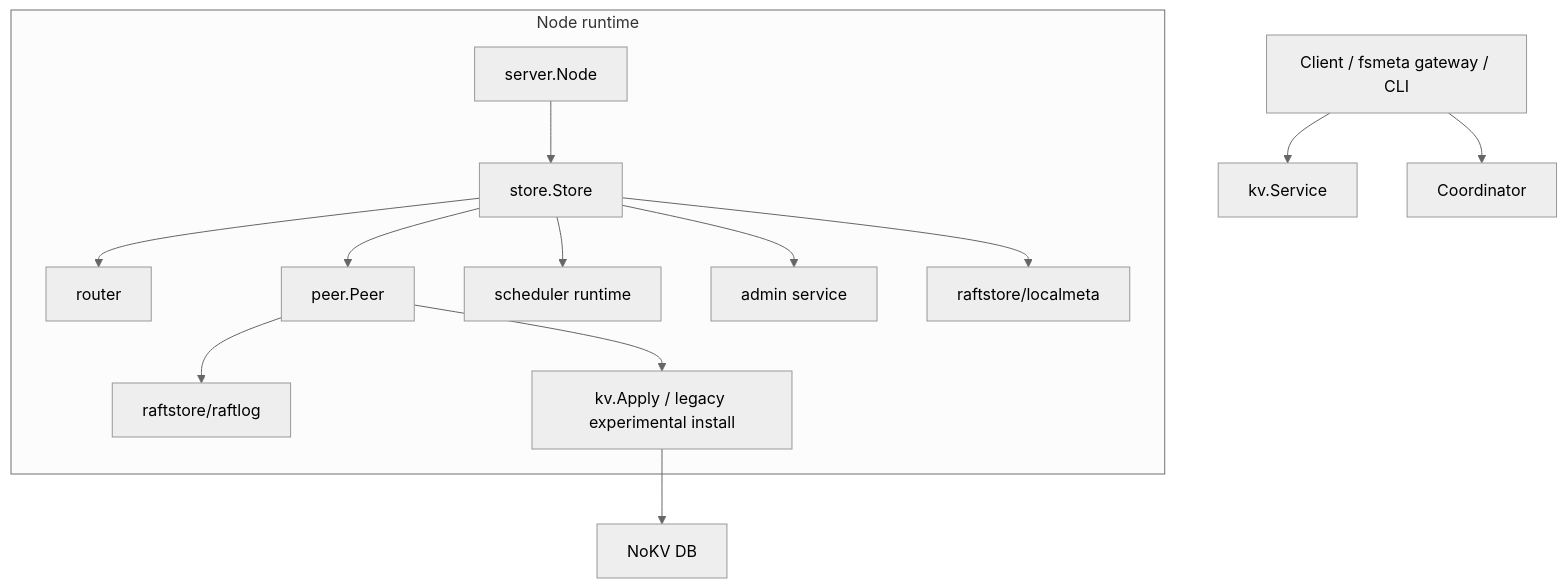
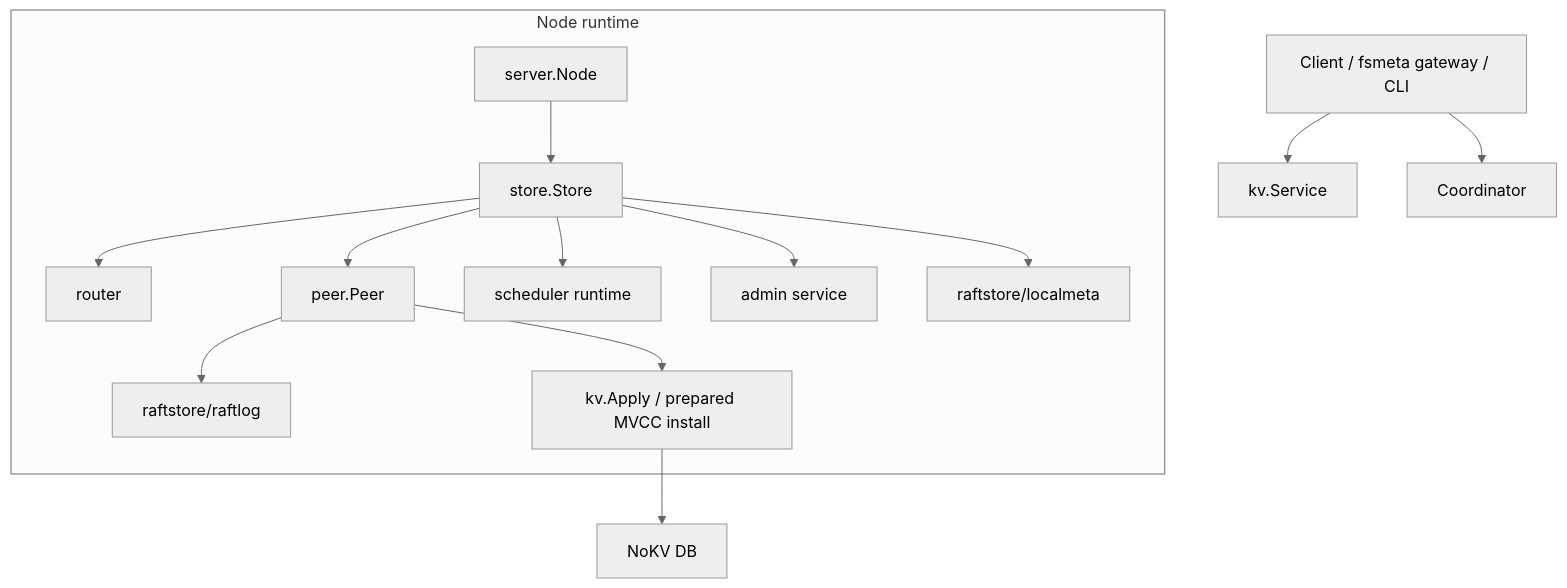
The first of 2 diagrams in docs/guide/raftstore.md (feichai0017/NoKV), drawn with Mermaid (neutral theme) before and after one commit. The commit also changed other lines of this file and 209 other files, not shown here.

````diff
--- a/docs/guide/raftstore.md
+++ b/docs/guide/raftstore.md
@@ -39,19 +39,19 @@
 ```mermaid
 flowchart TD
     Client["Client / fsmeta gateway / CLI"]
     Client --> KV["kv.Service"]
     Client --> Coordinator["Coordinator"]
 
     subgraph "Node runtime"
         Server["server.Node"] --> Store["store.Store"]
         Store --> Router["router"]
         Store --> Peer["peer.Peer"]
         Store --> Scheduler["scheduler runtime"]
         Store --> Admin["admin service"]
         Store --> Meta["raftstore/localmeta"]
         Peer --> Engine["raftstore/raftlog"]
-        Peer --> Apply["kv.Apply / legacy experimental install"]
+        Peer --> Apply["kv.Apply / prepared MVCC install"]
     end
 
     Apply --> DB["NoKV DB"]
 ```
````
